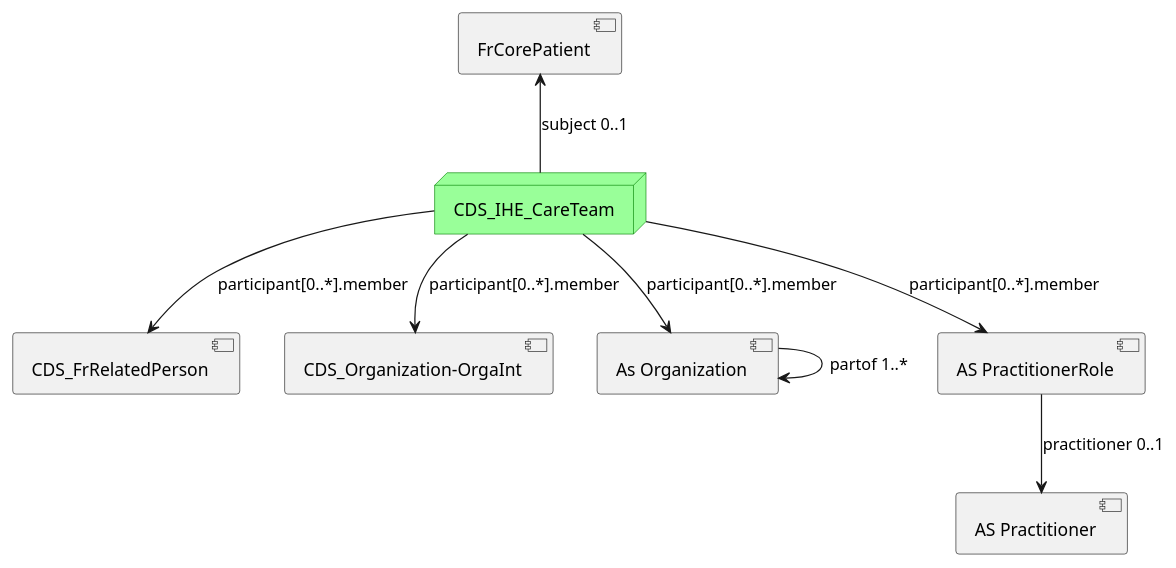
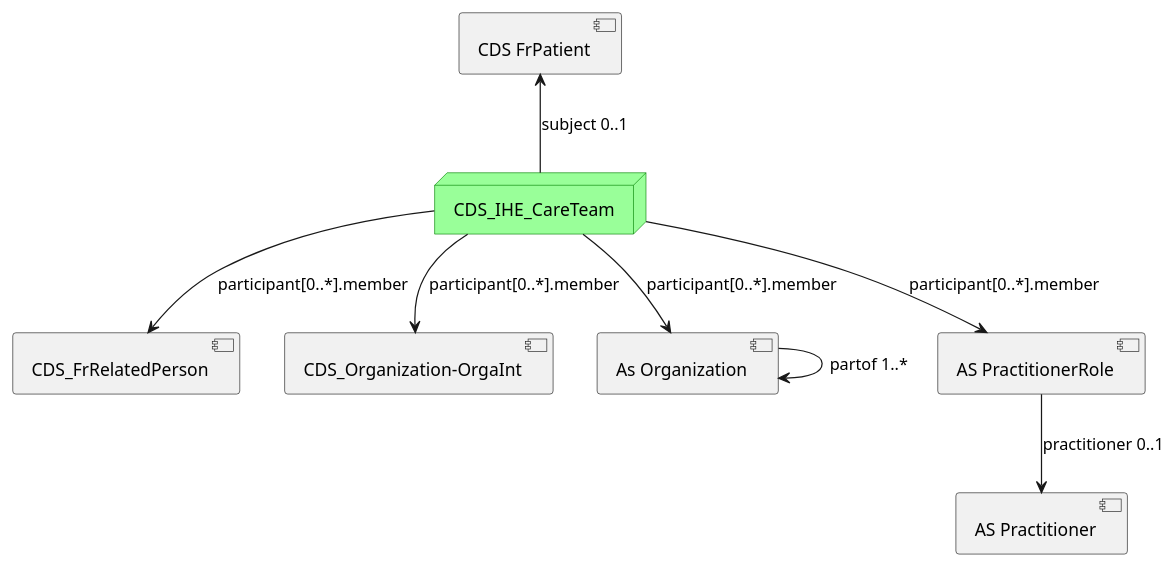
One commit to ansforge/IG-fhir-cercle-de-soins changed the diagram in input/images-source/document-overview.plantuml. Above: the diagram before and after it, drawn with PlantUML. The commit also changed 8 other files, not shown here.

```diff
--- a/input/images-source/document-overview.plantuml
+++ b/input/images-source/document-overview.plantuml
@@ -1,49 +1,49 @@
 @startuml
 
 skinparam node {
 borderColor Green
 backgroundColor Yellow
 }
 
-component "FrCorePatient" as patient
+component "CDS FrPatient" as patient
 node "CDS_IHE_CareTeam" as careteam #99FF99
 
 component "CDS_FrRelatedPerson" as cdsfrrelatedperson
 component "CDS_Organization-OrgaInt" as cdsorganization
 component "As Organization" as asorganization
 component "AS Practitioner" as aspractitioner
 component "AS PractitionerRole" as aspractitionerrole
 
-
+url of patient is [[StructureDefinition-cds-fr-patient.html]]
 url of cdsfrrelatedperson is [[StructureDefinition-cds-fr-related-person.html]]
 url of careteam is [[StructureDefinition-cds-ihe-careteam.html]]
 url of cdsorganization is [[StructureDefinition-cds-organization-orga-int.html]]
 
 ' ##########
 ' # Patient #
 ' ##########
 patient <-- careteam : subject 0..1
 
 
 ' ############
 ' # careteam #
 ' ############
 careteam --> cdsfrrelatedperson : participant[0..*].member
 careteam --> cdsorganization : participant[0..*].member
 careteam --> asorganization : participant[0..*].member
 careteam --> aspractitionerrole : participant[0..*].member
 
 ' ##################
 ' # frorganization #
 ' ##################
 asorganization --> asorganization : partof 1..*
 
 
 ' ################
 ' # practitionerrole #
 ' ################
 aspractitionerrole -->  aspractitioner : practitioner 0..1
 
 ' Dans le schéma initial, il y a d'autres relations qui n'ont pas été tracées : Lien entre orgaint et FrOrganization, Lien entre practitionerrole et organization. Leur précision a été considérée inutile.
 
 @enduml
```
